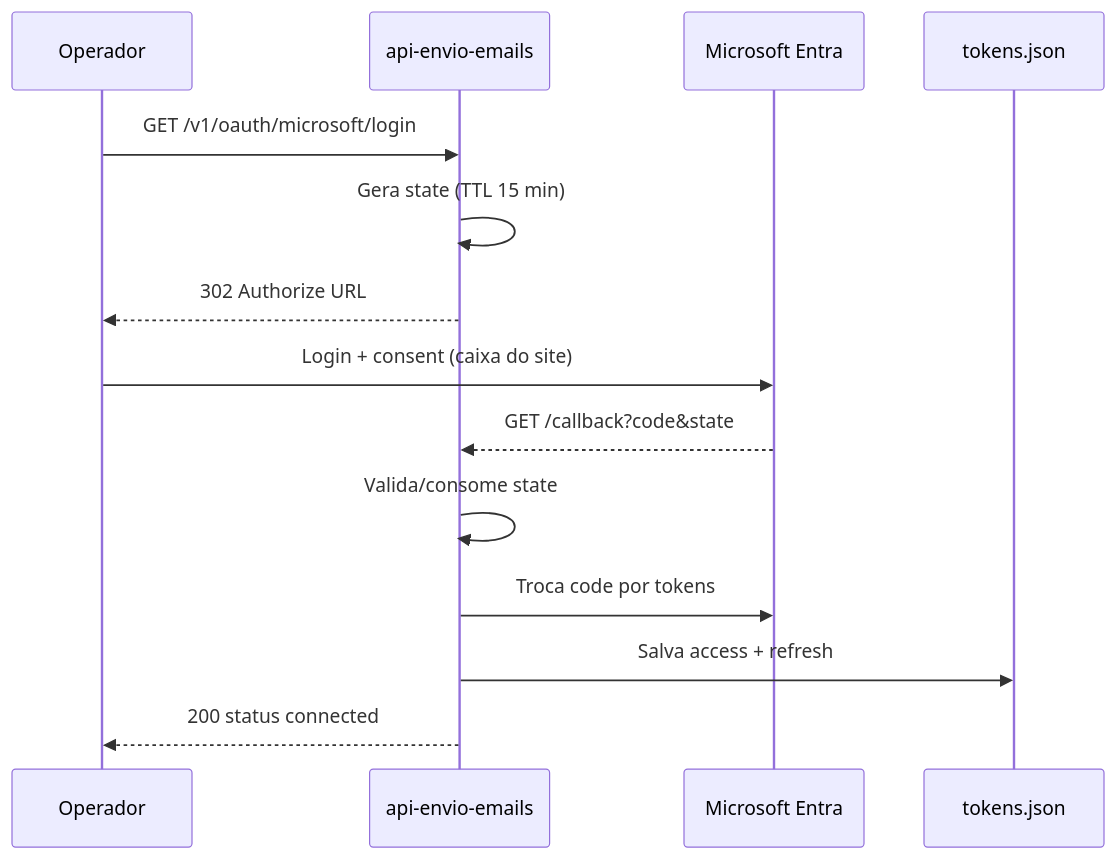
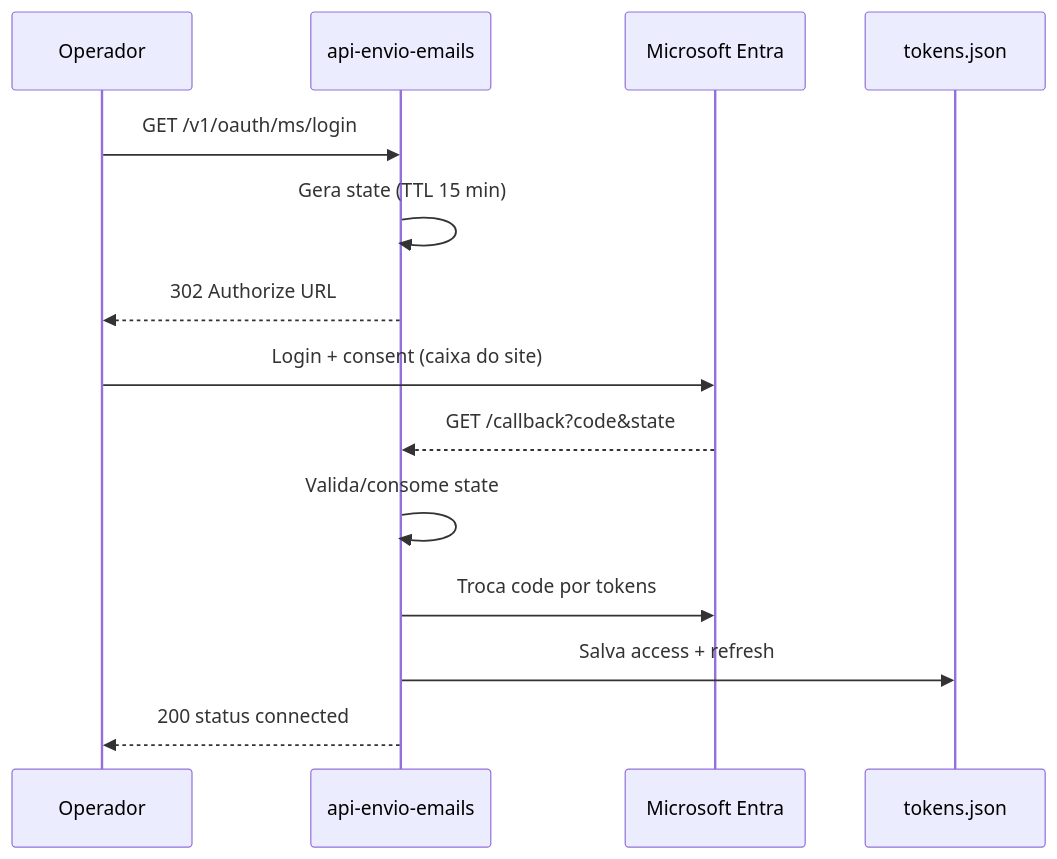
One commit to GustavoCamargodaSilva/api-envio-emails-microsoft changed the second of 3 diagrams in docs/architecture.md. Above: the diagram before and after it, drawn with Mermaid. The commit also changed 6 other files, not shown here.

````diff
--- a/docs/architecture.md
+++ b/docs/architecture.md
@@ -52,17 +52,17 @@
 ```mermaid
 sequenceDiagram
     participant Op as Operador
     participant API as api-envio-emails
     participant MS as Microsoft Entra
     participant Disk as tokens.json
 
-    Op->>API: GET /v1/oauth/microsoft/login
+    Op->>API: GET /v1/oauth/ms/login
     API->>API: Gera state (TTL 15 min)
     API-->>Op: 302 Authorize URL
     Op->>MS: Login + consent (caixa do site)
     MS-->>API: GET /callback?code&state
     API->>API: Valida/consome state
     API->>MS: Troca code por tokens
     API->>Disk: Salva access + refresh
     API-->>Op: 200 status connected
 ```
````
